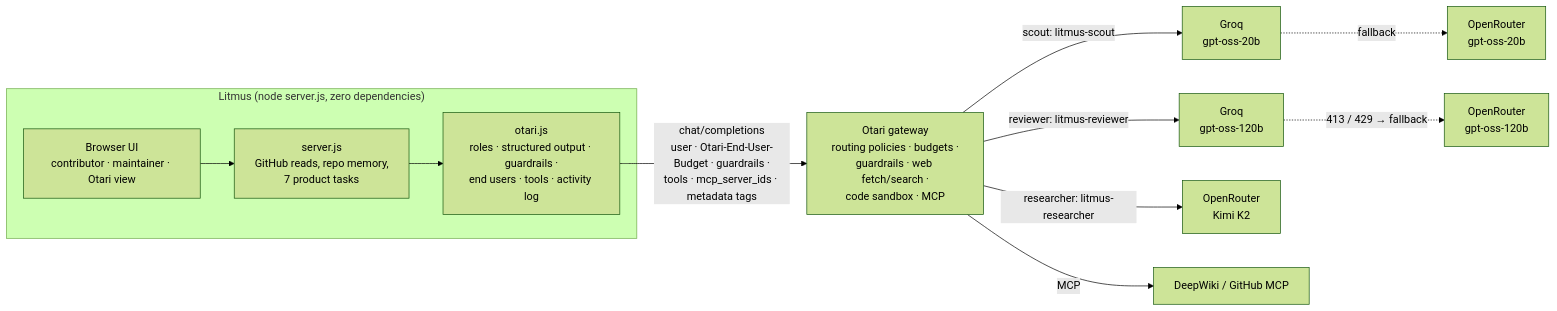
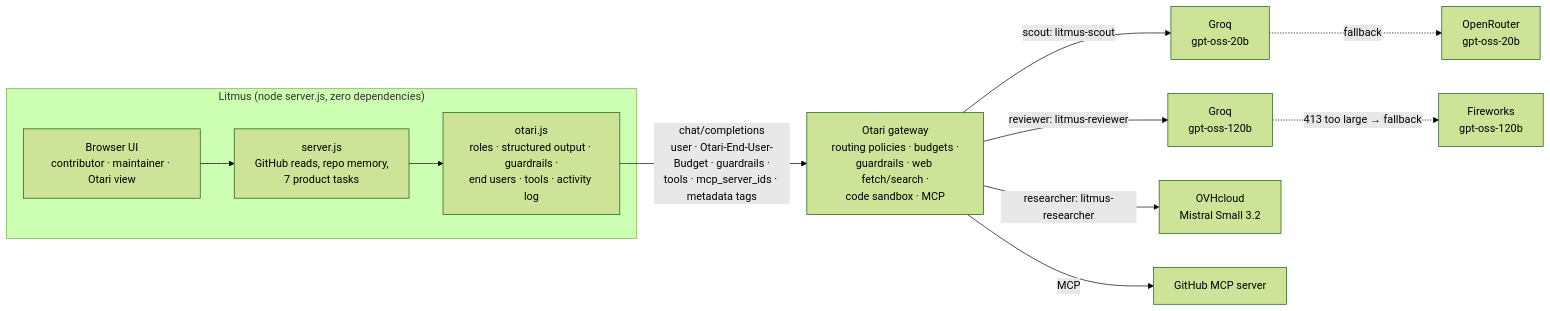
The diagram in README.md (Vidhaankhare16/litmus), drawn with Mermaid (forest theme) before and after one commit. The commit also changed other lines of this file and 5 other files, not shown here.

````diff
--- a/README.md
+++ b/README.md
@@ -38,16 +38,16 @@
 ```mermaid
 flowchart LR
   subgraph Litmus["Litmus (node server.js, zero dependencies)"]
     UI["Browser UI<br/>contributor · maintainer · Otari view"]
     S["server.js<br/>GitHub reads, repo memory,<br/>7 product tasks"]
     O["otari.js<br/>roles · structured output · guardrails ·<br/>end users · tools · activity log"]
     UI --> S --> O
   end
   O -- "chat/completions<br/>user · Otari-End-User-Budget · guardrails ·<br/>tools · mcp_server_ids · metadata tags" --> G["Otari gateway<br/>routing policies · budgets ·<br/>guardrails · web fetch/search ·<br/>code sandbox · MCP"]
   G -- "scout: litmus-scout" --> GQ1["Groq<br/>gpt-oss-20b"]
   G -- "reviewer: litmus-reviewer" --> GQ2["Groq<br/>gpt-oss-120b"]
-  GQ2 -. "413 / 429 → fallback" .-> OR2["OpenRouter<br/>gpt-oss-120b"]
+  GQ2 -. "413 too large → fallback" .-> FW["Fireworks<br/>gpt-oss-120b"]
   GQ1 -. fallback .-> OR1["OpenRouter<br/>gpt-oss-20b"]
-  G -- "researcher: litmus-researcher" --> OR3["OpenRouter<br/>Kimi K2"]
-  G -- MCP --> DW["DeepWiki / GitHub MCP"]
+  G -- "researcher: litmus-researcher" --> OV["OVHcloud<br/>Mistral Small 3.2"]
+  G -- MCP --> DW["GitHub MCP server"]
 ```
````
